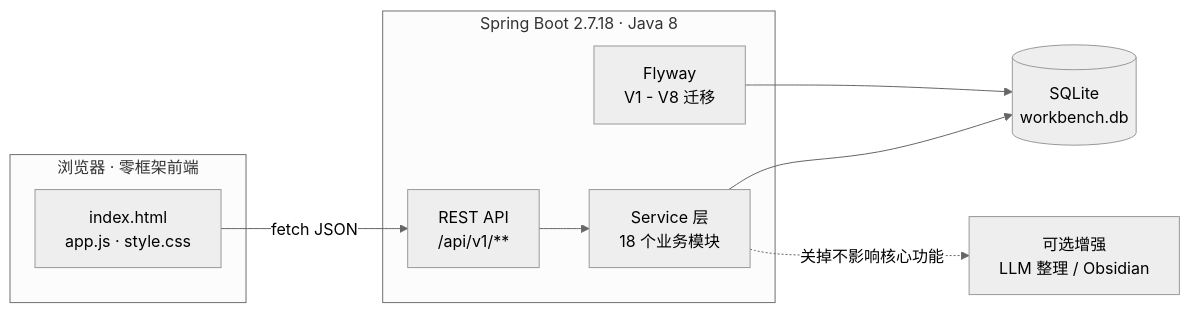
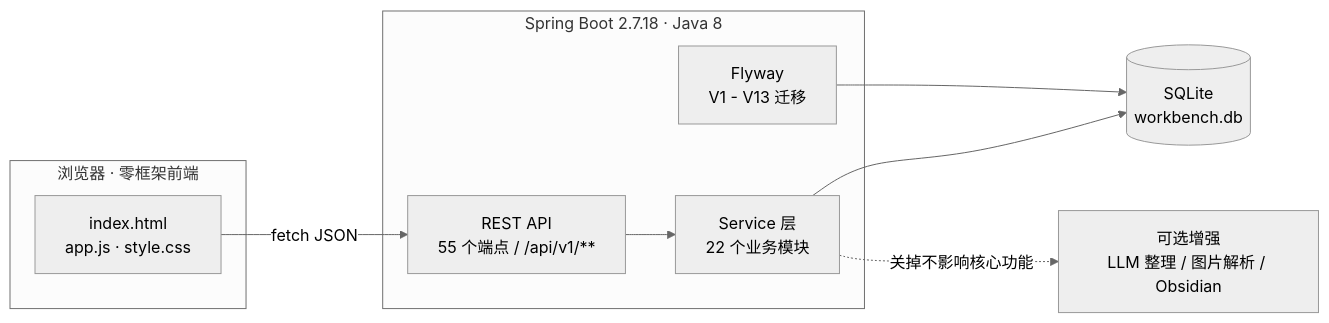
Before and after one commit to Solomon258/myWorkSpace: the diagram in README.md, drawn with Mermaid (neutral theme). The commit also changed other lines of this file and 11 other files, not shown here.

````diff
--- a/README.md
+++ b/README.md
@@ -78,21 +159,21 @@
 ```mermaid
 flowchart LR
     subgraph Browser["浏览器 · 零框架前端"]
         UI["index.html<br/>app.js · style.css"]
     end
 
     subgraph Server["Spring Boot 2.7.18 · Java 8"]
-        API["REST API<br/>/api/v1/**"]
-        SVC["Service 层<br/>18 个业务模块"]
-        FLY["Flyway<br/>V1 - V8 迁移"]
+        API["REST API<br/>55 个端点 / /api/v1/**"]
+        SVC["Service 层<br/>22 个业务模块"]
+        FLY["Flyway<br/>V1 - V13 迁移"]
     end
 
     DB[("SQLite<br/>workbench.db")]
-    OPT["可选增强<br/>LLM 整理 / Obsidian"]
+    OPT["可选增强<br/>LLM 整理 / 图片解析 / Obsidian"]
 
     UI -->|"fetch JSON"| API
     API --> SVC
     SVC --> DB
     FLY --> DB
     SVC -.->|"关掉不影响核心功能"| OPT
 ```
````
